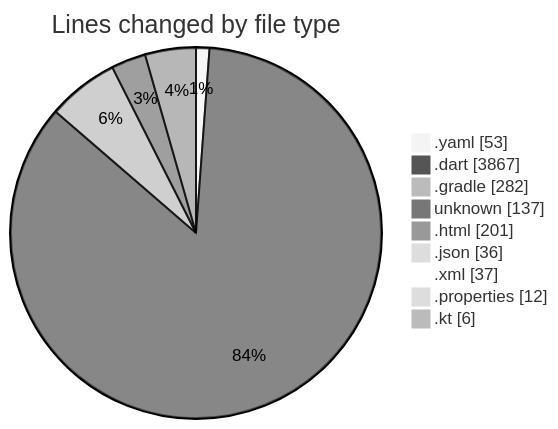
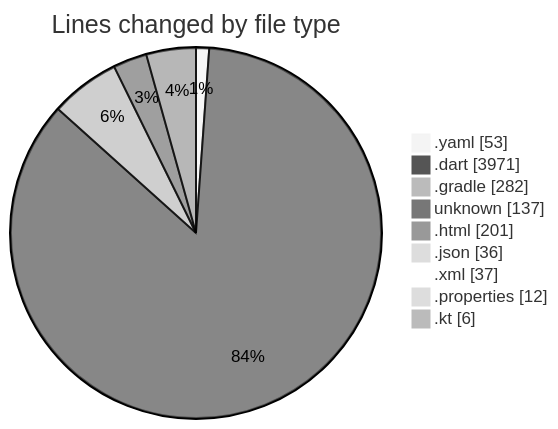
The first of 2 diagrams in 2025-09-02/quanlylink/README.md (lephambinh05/code-tracking), drawn with Mermaid (neutral theme) before and after one commit. The commit also changed other lines of this file and 1 other file, not shown here.

````diff
--- a/2025-09-02/quanlylink/README.md
+++ b/2025-09-02/quanlylink/README.md
@@ -47,13 +47,13 @@
 ```mermaid
 pie showData
 title Lines changed by file type
 ".yaml" : 53
-".dart" : 3867
+".dart" : 3971
 ".gradle" : 282
 "unknown" : 137
 ".html" : 201
 ".json" : 36
 ".xml" : 37
 ".properties" : 12
 ".kt" : 6
 ```
````
